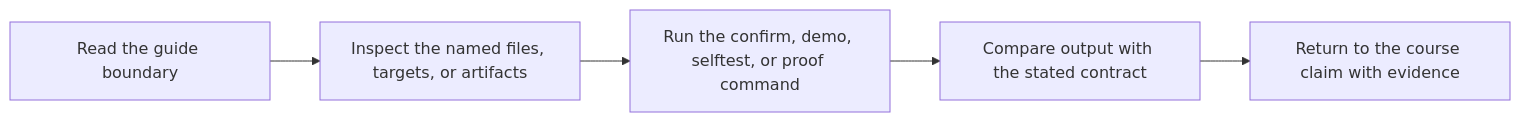
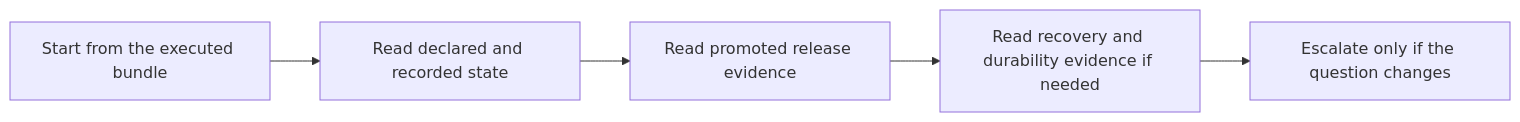
The second of 2 diagrams in programs/reproducible-research/deep-dive-dvc/capstone/docs/TOUR.md (bijux/bijux-masterclass), drawn with Mermaid before and after one commit. The commit also changed other lines of this file, not shown here.

Commit message:
docs(capstone): correct deep-dive-dvc tour guide

````diff
--- a/programs/reproducible-research/deep-dive-dvc/capstone/docs/TOUR.md
+++ b/programs/reproducible-research/deep-dive-dvc/capstone/docs/TOUR.md
@@ -20,7 +19,7 @@
 ```mermaid
 flowchart LR
-  orient["Read the guide boundary"] --> inspect["Inspect the named files, targets, or artifacts"]
-  inspect --> run["Run the confirm, demo, selftest, or proof command"]
-  run --> compare["Compare output with the stated contract"]
-  compare --> review["Return to the course claim with evidence"]
+  orient["Start from the executed bundle"] --> declaration["Read declared and recorded state"]
+  declaration --> release["Read promoted release evidence"]
+  release --> recovery["Read recovery and durability evidence if needed"]
+  recovery --> next["Escalate only if the question changes"]
 ```
````
